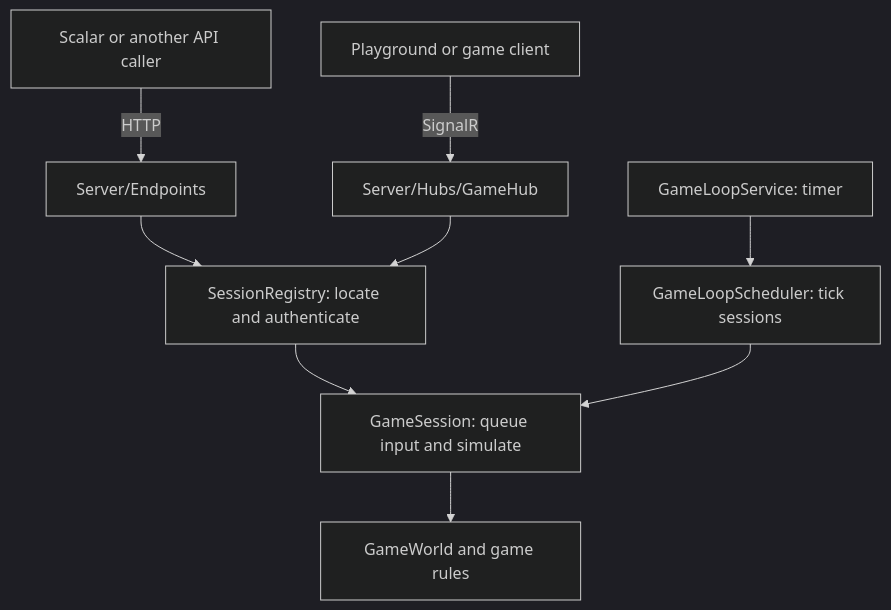
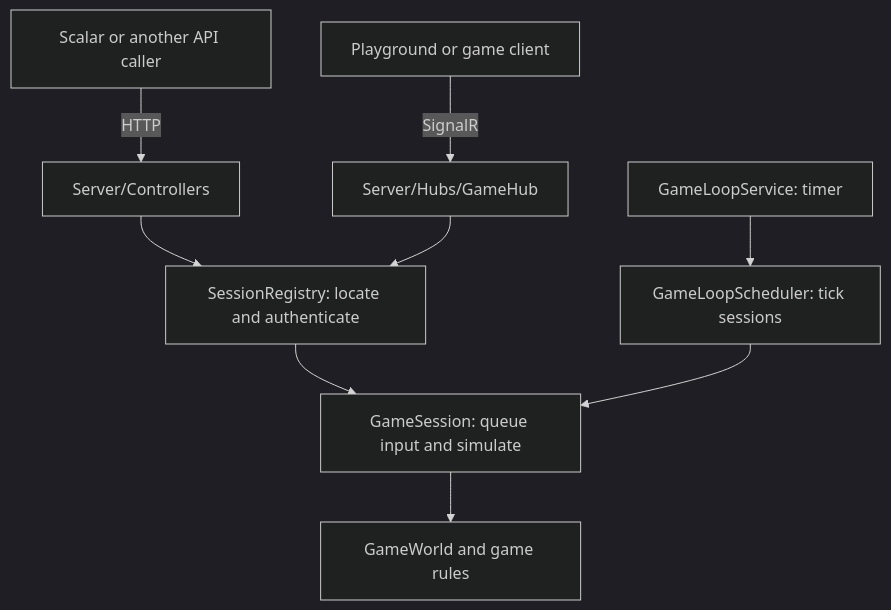
Before and after one commit to YoBoyJonas/OPP: the diagram in docs/CODE_WALKTHROUGH.md, drawn with Mermaid (dark theme). The commit also changed other lines of this file and 29 other files, not shown here.

First line of the commit message:
refactor(server): replace Minimal API endpoints with controllers

````diff
--- a/docs/CODE_WALKTHROUGH.md
+++ b/docs/CODE_WALKTHROUGH.md
@@ -18,11 +18,11 @@
 ```mermaid
 flowchart TB
-    Scalar["Scalar or another API caller"] -->|HTTP| Endpoints["Server/Endpoints"]
+    Scalar["Scalar or another API caller"] -->|HTTP| Endpoints["Server/Controllers"]
     Client["Playground or game client"] -->|SignalR| Hub["Server/Hubs/GameHub"]
     Endpoints --> Registry["SessionRegistry: locate and authenticate"]
     Hub --> Registry
     Registry --> Session["GameSession: queue input and simulate"]
     Clock["GameLoopService: timer"] --> Scheduler["GameLoopScheduler: tick sessions"]
     Scheduler --> Session
     Session --> World["GameWorld and game rules"]
 ```
````
